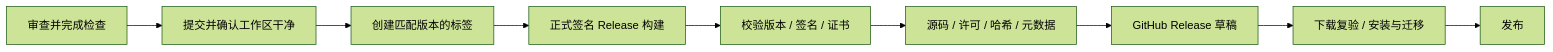
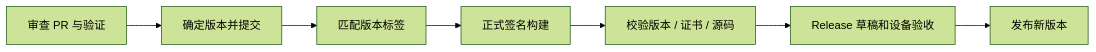
Before and after one commit to nobYoQ/novelia: the diagram in docs/maintenance/release-and-maintenance.md, drawn with Mermaid (forest theme). The commit also changed other lines of this file and 33 other files, not shown here.

````diff
--- a/docs/maintenance/release-and-maintenance.md
+++ b/docs/maintenance/release-and-maintenance.md
@@ -31,11 +9,9 @@
 ```mermaid
 flowchart LR
-    PR[审查并完成检查] --> Commit[提交并确认工作区干净]
-    Commit --> Tag[创建匹配版本的标签]
-    Tag --> Build[正式签名 Release 构建]
-    Build --> Verify[校验版本 / 签名 / 证书]
-    Verify --> Bundle[源码 / 许可 / 哈希 / 元数据]
-    Bundle --> Draft[GitHub Release 草稿]
-    Draft --> Device[下载复验 / 安装与迁移]
-    Device --> Publish[发布]
+    A[审查 PR 与验证] --> B[确定版本并提交]
+    B --> C[匹配版本标签]
+    C --> D[正式签名构建]
+    D --> E[校验版本 / 证书 / 源码]
+    E --> F[Release 草稿和设备验收]
+    F --> G[发布新版本]
 ```
````
